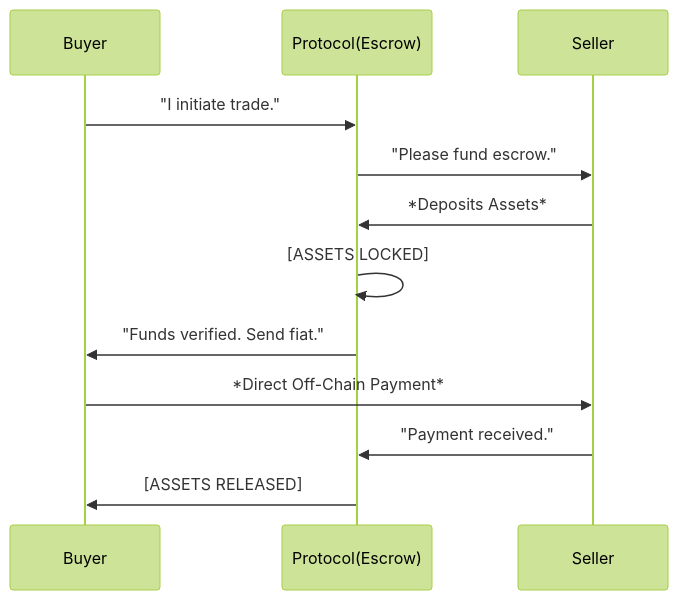
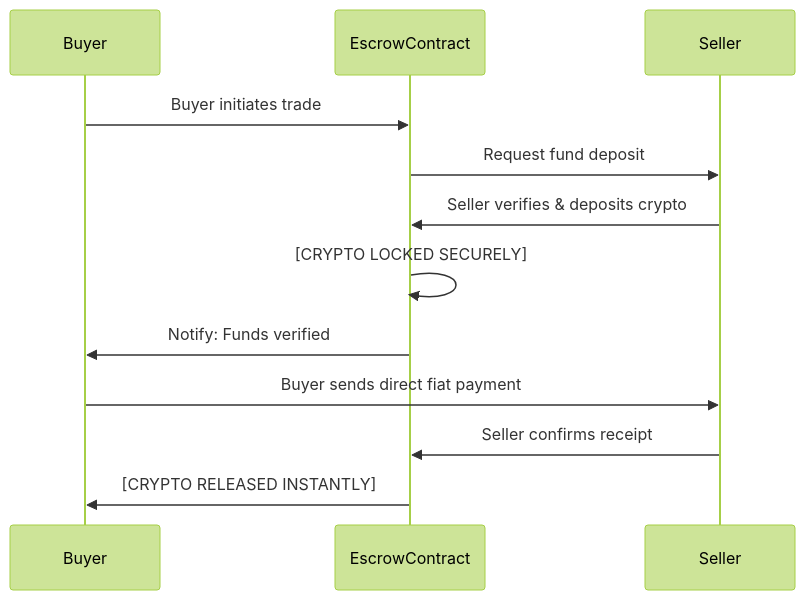
Before and after one commit to dappvibe/pexfi: the diagram in docs/platform/how-it-works.mdx, drawn with Mermaid (forest theme). The commit also changed other lines of this file and 5 other files, not shown here.

````diff
--- a/docs/platform/how-it-works.mdx
+++ b/docs/platform/how-it-works.mdx
@@ -17,15 +18,15 @@
 ```mermaid
 sequenceDiagram
     participant Buyer
-    participant Protocol(Escrow)
+    participant EscrowContract
     participant Seller
 
-    Buyer->>Protocol(Escrow): "I initiate trade."
-    Protocol(Escrow)->>Seller: "Please fund escrow."
-    Seller->>Protocol(Escrow): *Deposits Assets*
-    Protocol(Escrow)->>Protocol(Escrow): [ASSETS LOCKED]
-    Protocol(Escrow)->>Buyer: "Funds verified. Send fiat."
-    Buyer->>Seller: *Direct Off-Chain Payment*
-    Seller->>Protocol(Escrow): "Payment received."
-    Protocol(Escrow)->>Buyer: [ASSETS RELEASED]
+    Buyer->>EscrowContract: Buyer initiates trade
+    EscrowContract->>Seller: Request fund deposit
+    Seller->>EscrowContract: Seller verifies & deposits crypto
+    EscrowContract->>EscrowContract: [CRYPTO LOCKED SECURELY]
+    EscrowContract->>Buyer: Notify: Funds verified
+    Buyer->>Seller: Buyer sends direct fiat payment
+    Seller->>EscrowContract: Seller confirms receipt
+    EscrowContract->>Buyer: [CRYPTO RELEASED INSTANTLY]
 ```
````
